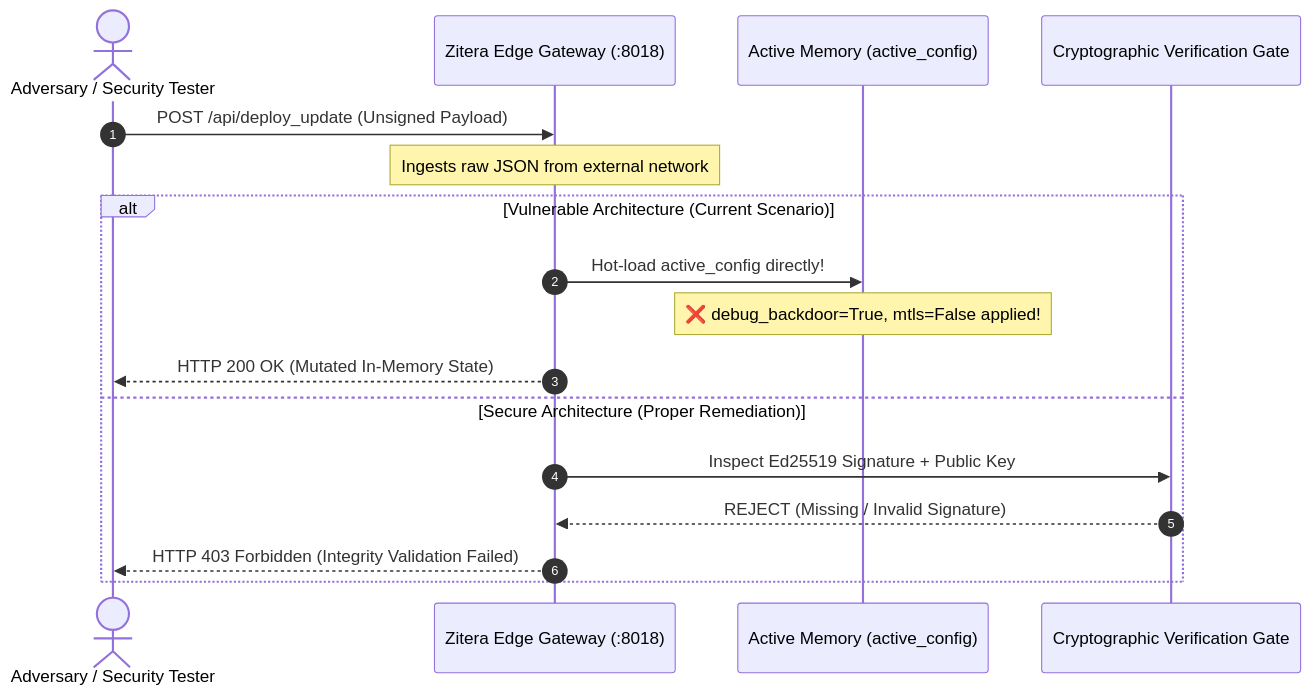
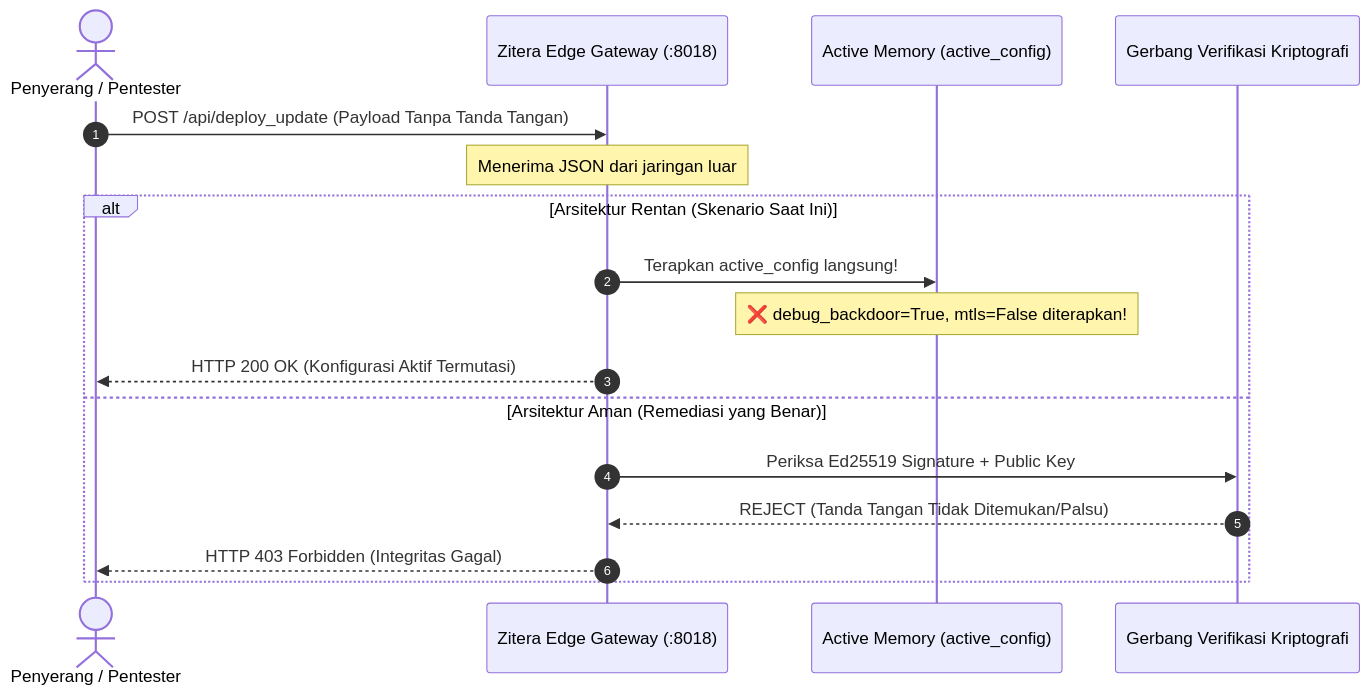
The diagram in labs/A08/lesson/architecture.md (xdaamar/zitera_lab), drawn with Mermaid before and after one commit. The commit also changed other lines of this file and 82 other files, not shown here.

````diff
--- a/labs/A08/lesson/architecture.md
+++ b/labs/A08/lesson/architecture.md
@@ -26,21 +26,21 @@
 ```mermaid
 sequenceDiagram
     autonumber
-    actor Attacker as Adversary / Security Tester
+    actor Attacker as Penyerang / Pentester
     participant EdgeGateway as Zitera Edge Gateway (:8018)
     participant RuntimeMemory as Active Memory (active_config)
-    participant VerificationGate as Cryptographic Verification Gate
+    participant VerificationGate as Gerbang Verifikasi Kriptografi
 
-    Attacker->>EdgeGateway: POST /api/deploy_update (Unsigned Payload)
-    Note over EdgeGateway: Ingests raw JSON from external network
+    Attacker->>EdgeGateway: POST /api/deploy_update (Payload Tanpa Tanda Tangan)
+    Note over EdgeGateway: Menerima JSON dari jaringan luar
 
-    alt Vulnerable Architecture (Current Scenario)
-        EdgeGateway->>RuntimeMemory: Hot-load active_config directly!
-        Note over RuntimeMemory: ❌ debug_backdoor=True, mtls=False applied!
-        EdgeGateway-->>Attacker: HTTP 200 OK (Mutated In-Memory State)
-    else Secure Architecture (Proper Remediation)
-        EdgeGateway->>VerificationGate: Inspect Ed25519 Signature + Public Key
-        VerificationGate-->>EdgeGateway: REJECT (Missing / Invalid Signature)
-        EdgeGateway-->>Attacker: HTTP 403 Forbidden (Integrity Validation Failed)
+    alt Arsitektur Rentan (Skenario Saat Ini)
+        EdgeGateway->>RuntimeMemory: Terapkan active_config langsung!
+        Note over RuntimeMemory: ❌ debug_backdoor=True, mtls=False diterapkan!
+        EdgeGateway-->>Attacker: HTTP 200 OK (Konfigurasi Aktif Termutasi)
+    else Arsitektur Aman (Remediasi yang Benar)
+        EdgeGateway->>VerificationGate: Periksa Ed25519 Signature + Public Key
+        VerificationGate-->>EdgeGateway: REJECT (Tanda Tangan Tidak Ditemukan/Palsu)
+        EdgeGateway-->>Attacker: HTTP 403 Forbidden (Integritas Gagal)
     end
 ```
````
